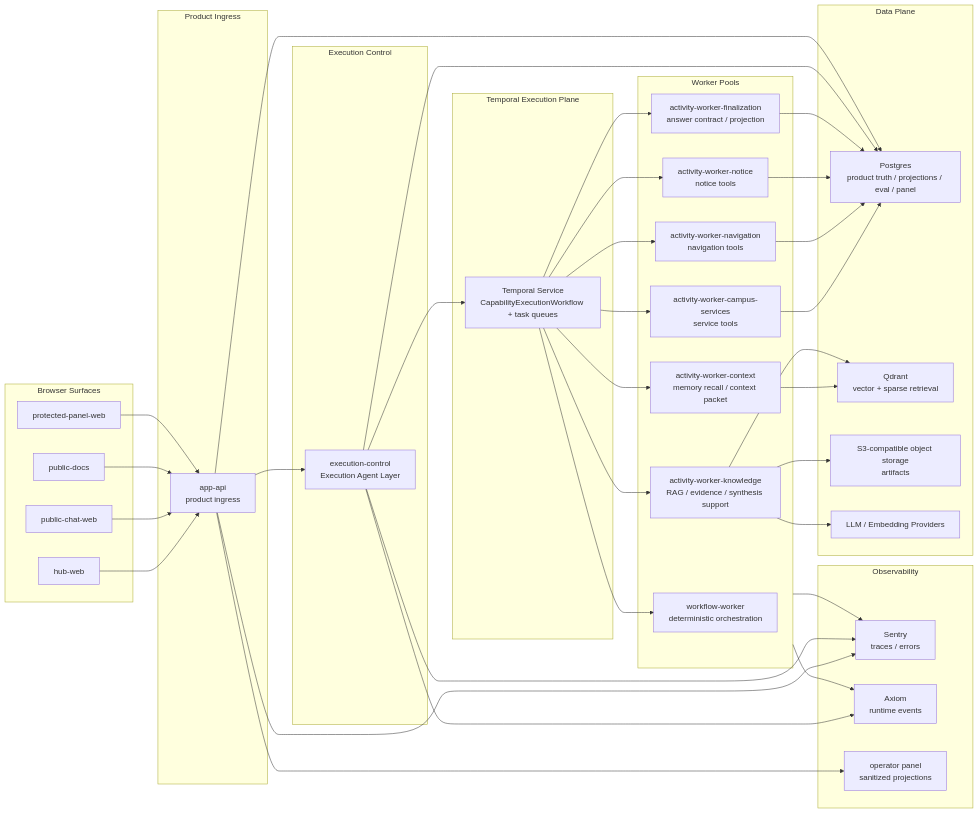
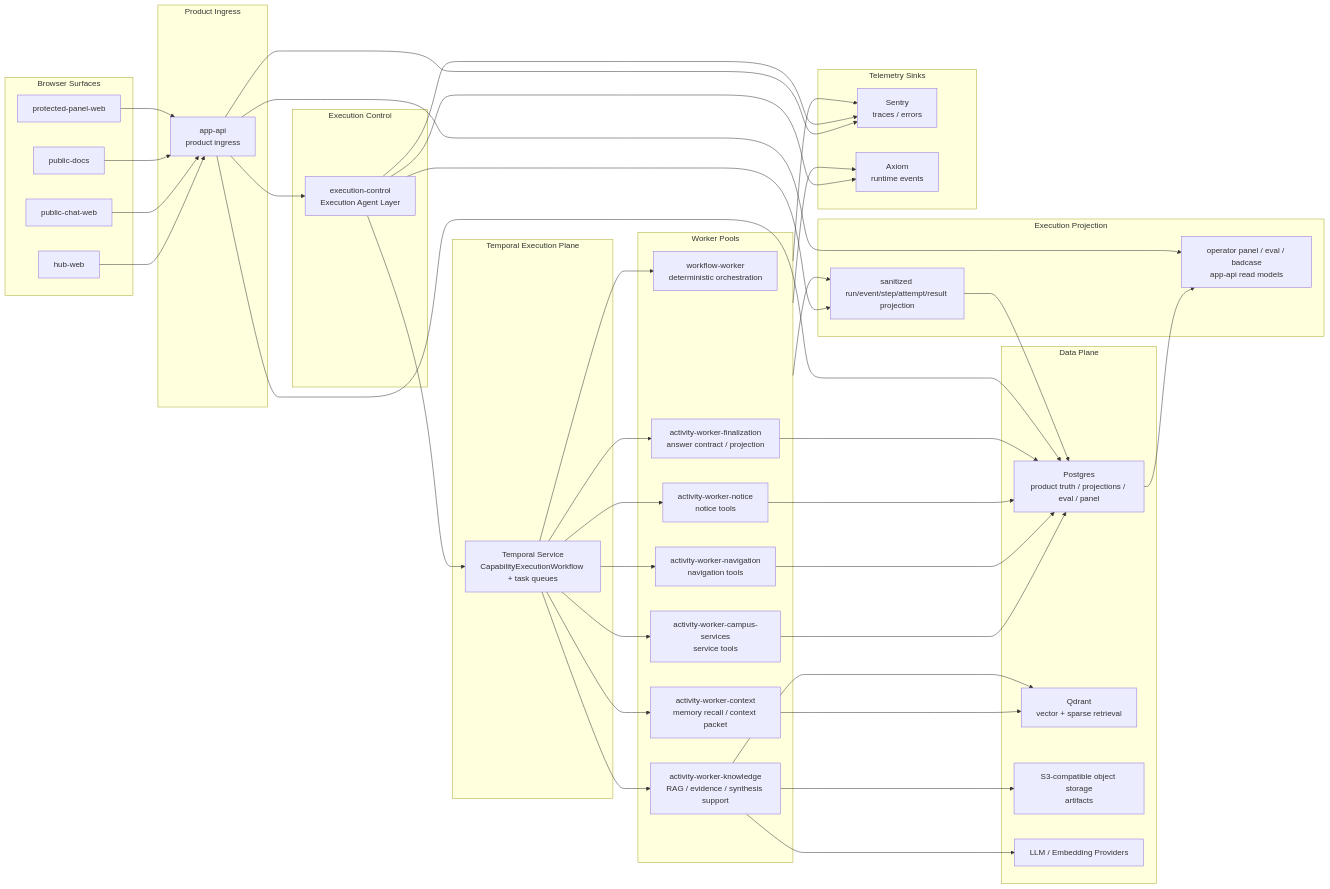
One commit to Luxfeier22331/campus-agent-main changed the diagram in docs/architecture/target-architecture.md. Above: the diagram before and after it, drawn with Mermaid. The commit also changed other lines of this file and 29 other files, not shown here.

```diff
--- a/docs/architecture/target-architecture.md
+++ b/docs/architecture/target-architecture.md
@@ -123,10 +128,14 @@
     Provider["LLM / Embedding Providers"]
   end
 
-  subgraph Observability["Observability"]
+  subgraph ExecutionProjection["Execution Projection"]
+    Projection["sanitized run/event/step/attempt/result projection"]
+    PanelOps["operator panel / eval / badcase\napp-api read models"]
+  end
+
+  subgraph TelemetrySinks["Telemetry Sinks"]
     Sentry["Sentry\ntraces / errors"]
     Axiom["Axiom\nruntime events"]
-    PanelOps["operator panel\nsanitized projections"]
   end
 
   Hub --> AppAPI
@@ -154,8 +163,11 @@
   Notice --> PG
   Finalizer --> PG
 
-  Gateway --> PG
+  Gateway --> Projection
+  Workers --> Projection
+  Projection --> PG
   AppAPI --> PG
+  PG --> PanelOps
   AppAPI --> PanelOps
 
   AppAPI --> Sentry
```
